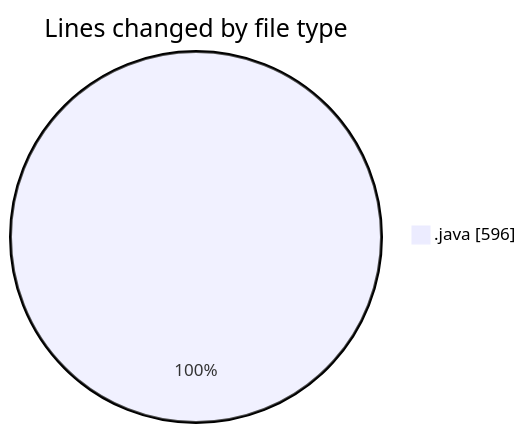
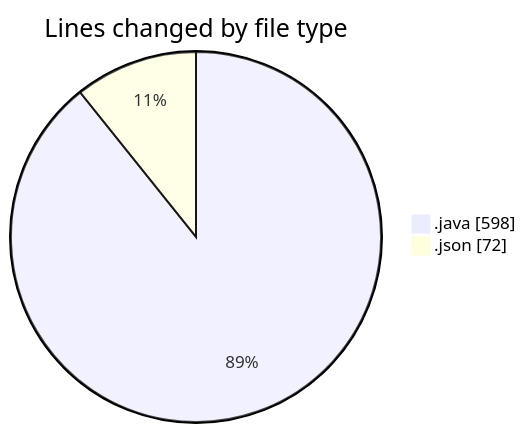
The first of 2 diagrams in 2025-02-22/micros/README.md (charlie-sans/code-tracking), drawn with Mermaid before and after one commit. The commit also changed other lines of this file and 1 other file, not shown here.

````diff
--- a/2025-02-22/micros/README.md
+++ b/2025-02-22/micros/README.md
@@ -22,5 +23,6 @@
 ```mermaid
 pie showData
 title Lines changed by file type
-".java" : 596
+".java" : 598
+".json" : 72
 ```
````
